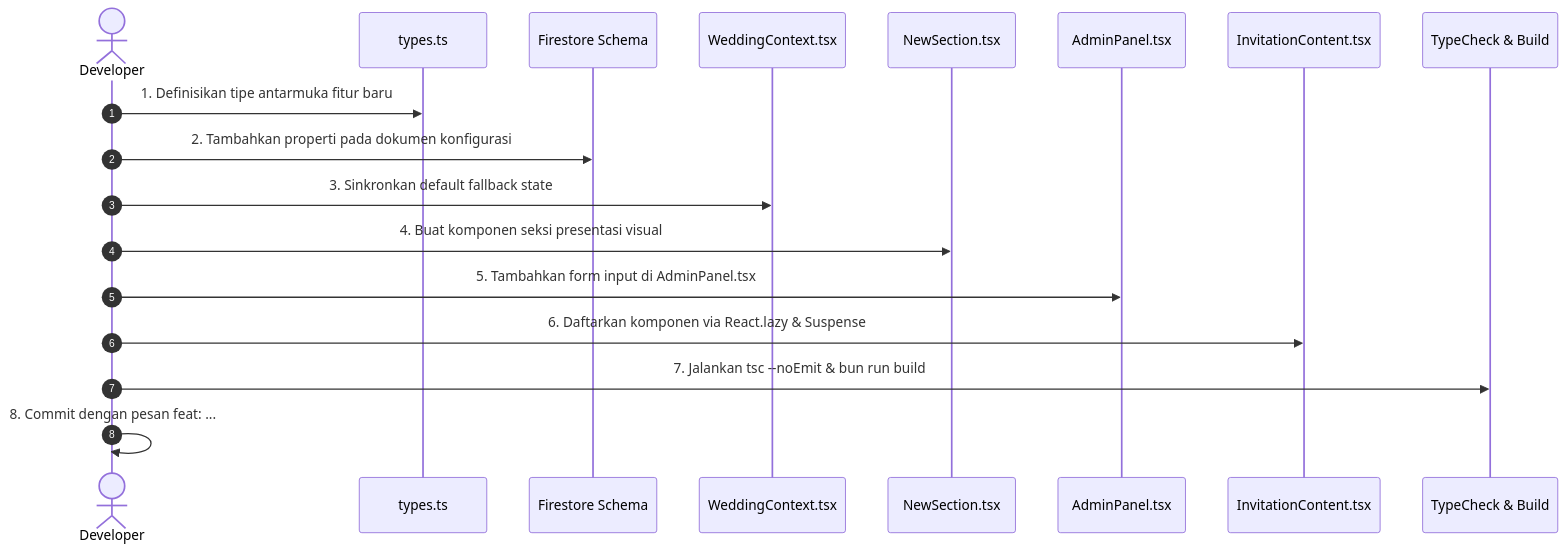
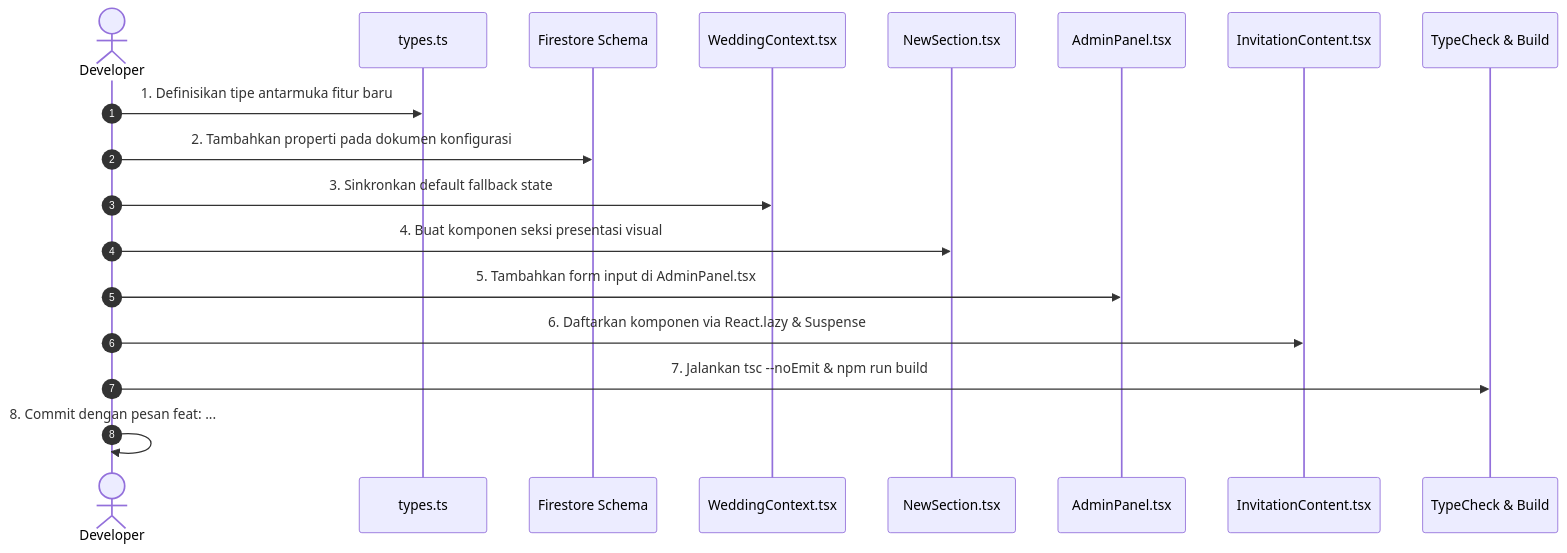
One commit to hndko/app_weddingbetawi_react changed the second of 2 diagrams in docs/03-developer-guide.md. Above: the diagram before and after it, drawn with Mermaid. The commit also changed other lines of this file and 8 other files, not shown here.

Commit message:
chore(build): standardize on npm and remove bun.lock

````diff
--- a/docs/03-developer-guide.md
+++ b/docs/03-developer-guide.md
@@ -187,21 +187,21 @@
 ```mermaid
 sequenceDiagram
     autonumber
     actor Dev as Developer
     participant Type as types.ts
     participant DB as Firestore Schema
     participant Ctx as WeddingContext.tsx
     participant UI as NewSection.tsx
     participant Admin as AdminPanel.tsx
     participant Inv as InvitationContent.tsx
     participant Test as TypeCheck & Build
 
     Dev->>Type: 1. Definisikan tipe antarmuka fitur baru
     Dev->>DB: 2. Tambahkan properti pada dokumen konfigurasi
     Dev->>Ctx: 3. Sinkronkan default fallback state
     Dev->>UI: 4. Buat komponen seksi presentasi visual
     Dev->>Admin: 5. Tambahkan form input di AdminPanel.tsx
     Dev->>Inv: 6. Daftarkan komponen via React.lazy & Suspense
-    Dev->>Test: 7. Jalankan tsc --noEmit & bun run build
+    Dev->>Test: 7. Jalankan tsc --noEmit & npm run build
     Dev->>Dev: 8. Commit dengan pesan feat: ...
 ```
````
